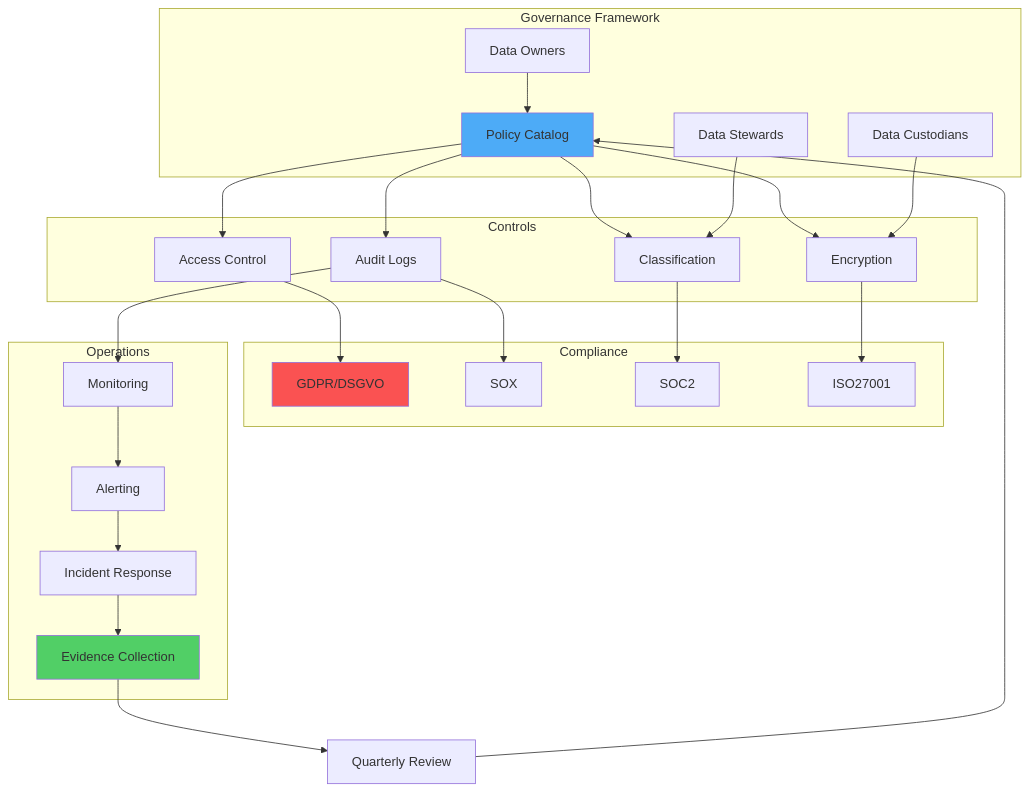
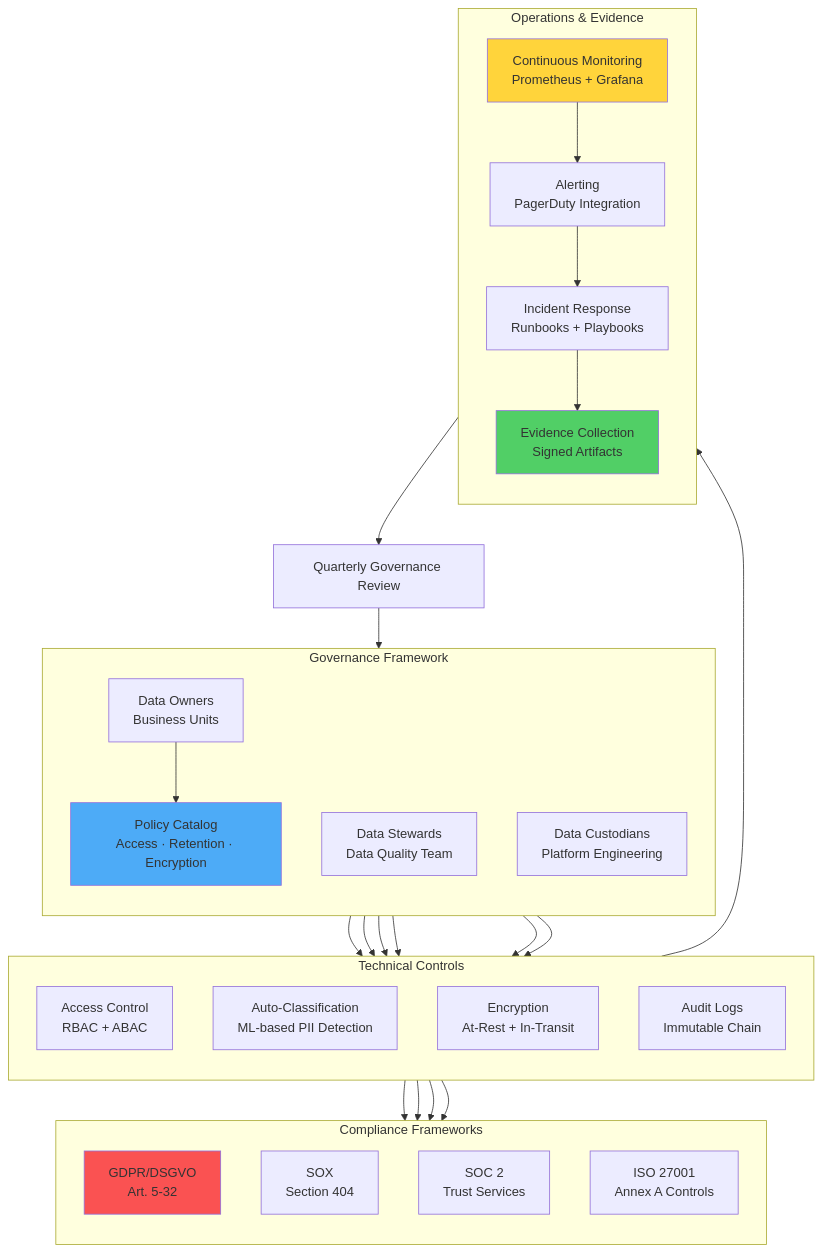
Before and after one commit to makr-code/ThemisDB: the second of 2 diagrams in compendium/docs/chapter_40_data_governance_compliance.md, drawn with Mermaid. The commit also changed other lines of this file and 1 other file, not shown here.

Commit message:
Stage 2 in progress: Improve Chapter 40 - Data Governance & Compliance with all 11 dimensions

````diff
--- a/compendium/docs/chapter_40_data_governance_compliance.md
+++ b/compendium/docs/chapter_40_data_governance_compliance.md
@@ -56,56 +68,61 @@
 ```mermaid
 flowchart TB
     subgraph "Governance Framework"
-        Policy[Policy Catalog]
-        Owner[Data Owners]
-        Steward[Data Stewards]
-        Custodian[Data Custodians]
+        direction TB
+        Policy[Policy Catalog<br/>Access · Retention · Encryption]
+        Owner[Data Owners<br/>Business Units]
+        Steward[Data Stewards<br/>Data Quality Team]
+        Custodian[Data Custodians<br/>Platform Engineering]
     end
     
-    subgraph "Controls"
-        Access[Access Control]
-        Classify[Classification]
-        Encrypt[Encryption]
-        Audit[Audit Logs]
+    subgraph "Technical Controls"
+        direction TB
+        Access[Access Control<br/>RBAC + ABAC]
+        Classify[Auto-Classification<br/>ML-based PII Detection]
+        Encrypt[Encryption<br/>At-Rest + In-Transit]
+        Audit[Audit Logs<br/>Immutable Chain]
     end
     
-    subgraph "Compliance"
-        GDPR[GDPR/DSGVO]
-        SOX[SOX]
-        SOC2[SOC2]
-        ISO[ISO27001]
+    subgraph "Compliance Frameworks"
+        direction TB
+        GDPR[GDPR/DSGVO<br/>Art. 5-32]
+        SOX[SOX<br/>Section 404]
+        SOC2[SOC 2<br/>Trust Services]
+        ISO[ISO 27001<br/>Annex A Controls]
     end
     
-    subgraph "Operations"
-        Monitor[Monitoring]
-        Alert[Alerting]
-        Response[Incident Response]
-        Evidence[Evidence Collection]
+    subgraph "Operations & Evidence"
+        direction TB
+        Monitor[Continuous Monitoring<br/>Prometheus + Grafana]
+        Alert[Alerting<br/>PagerDuty Integration]
+        Response[Incident Response<br/>Runbooks + Playbooks]
+        Evidence[Evidence Collection<br/>Signed Artifacts]
     end
     
     Policy --> Access
     Policy --> Classify
     Policy --> Encrypt
     Policy --> Audit
     
     Owner --> Policy
     Steward --> Classify
     Custodian --> Encrypt
     
     Access --> GDPR
     Classify --> SOC2
     Encrypt --> ISO
     Audit --> SOX
     
     Audit --> Monitor
     Monitor --> Alert
     Alert --> Response
     Response --> Evidence
     
-    Evidence --> Review[Quarterly Review]
+    Evidence --> Review[Quarterly Governance Review]
     Review --> Policy
     
     style Policy fill:#4dabf7
     style GDPR fill:#fa5252
     style Evidence fill:#51cf66
+    style Monitor fill:#ffd43b
 ```
````
